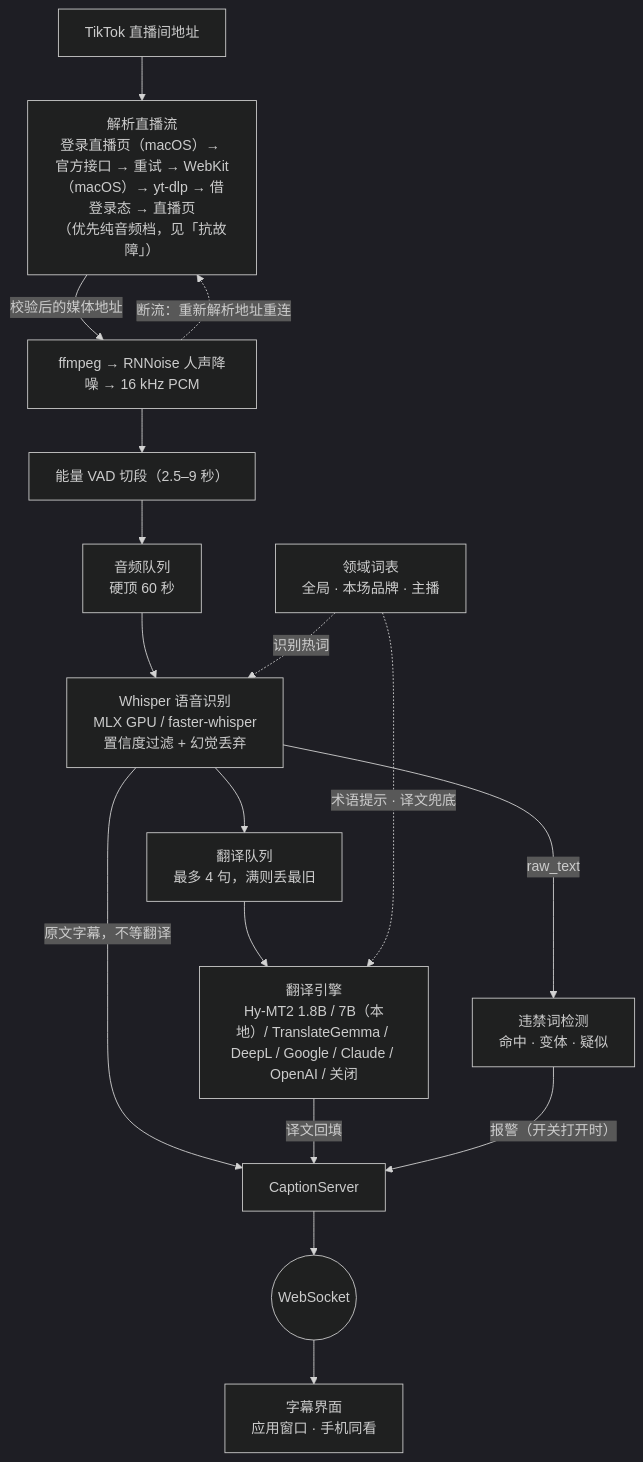
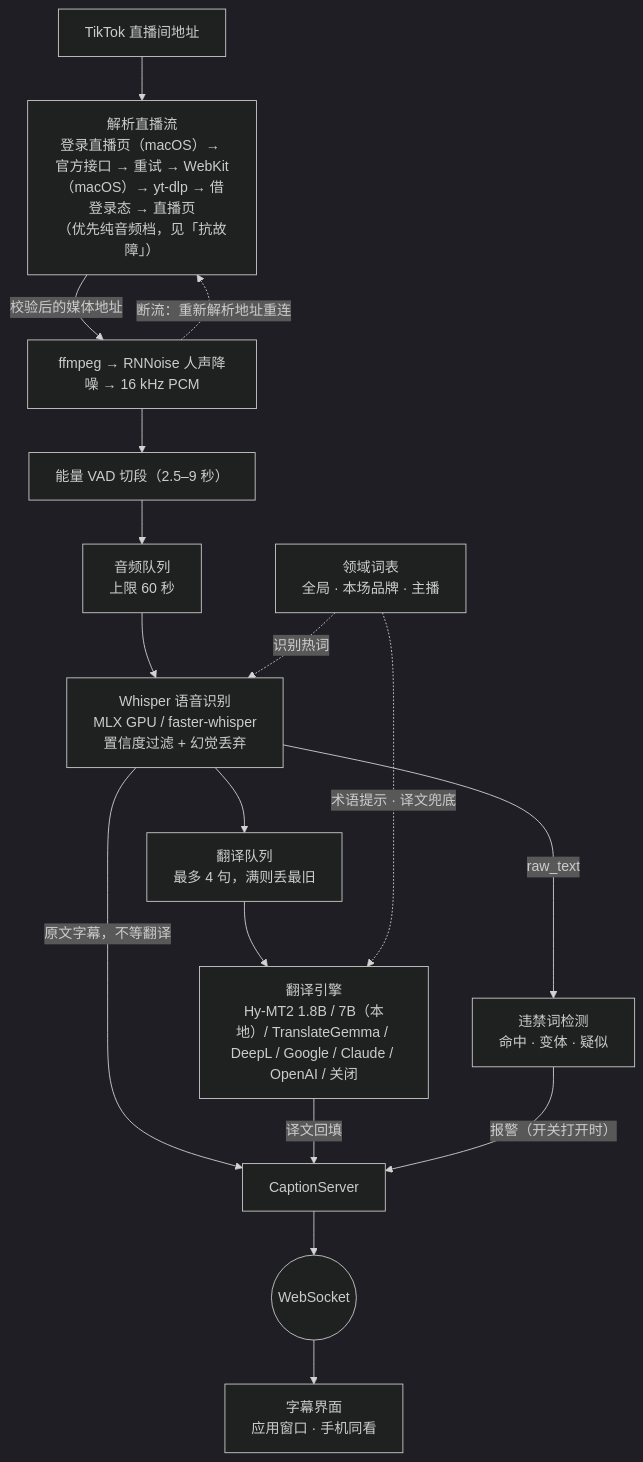
The diagram in README.zh-CN.md (EM917/tiktok-live-translator), drawn with Mermaid (dark theme) before and after one commit. The commit also changed other lines of this file and 1 other file, not shown here.

````diff
--- a/README.zh-CN.md
+++ b/README.zh-CN.md
@@ -514,19 +518,19 @@
 ```mermaid
 flowchart TD
     URL["TikTok 直播间地址"] --> RESOLVE["解析直播流<br/>登录直播页（macOS）→ 官方接口 → 重试 → WebKit（macOS）→ yt-dlp → 借登录态 → 直播页<br/>（优先纯音频档，见「抗故障」）"]
     RESOLVE -->|"校验后的媒体地址"| FF["ffmpeg → RNNoise 人声降噪 → 16 kHz PCM"]
     FF --> VAD["能量 VAD 切段（2.5–9 秒）"]
-    VAD --> AQ["音频队列<br/>硬顶 60 秒"]
+    VAD --> AQ["音频队列<br/>上限 60 秒"]
     AQ --> ASR["Whisper 语音识别<br/>MLX GPU / faster-whisper<br/>置信度过滤 + 幻觉丢弃"]
     GL["领域词表<br/>全局 · 本场品牌 · 主播"] -.->|"识别热词"| ASR
     ASR -->|"原文字幕，不等翻译"| SRV["CaptionServer"]
     ASR --> TQ["翻译队列<br/>最多 4 句，满则丢最旧"]
     TQ --> TR["翻译引擎<br/>Hy-MT2 1.8B / 7B（本地）/ TranslateGemma / DeepL / Google / Claude / OpenAI / 关闭"]
     GL -.->|"术语提示 · 译文兜底"| TR
     TR -->|"译文回填"| SRV
     ASR -->|"raw_text"| DET["违禁词检测<br/>命中 · 变体 · 疑似"]
     DET -->|"报警（开关打开时）"| SRV
     SRV --> WS(("WebSocket"))
     WS --> UI["字幕界面<br/>应用窗口 · 手机同看"]
     FF -.->|"断流：重新解析地址重连"| RESOLVE
 ```
````
